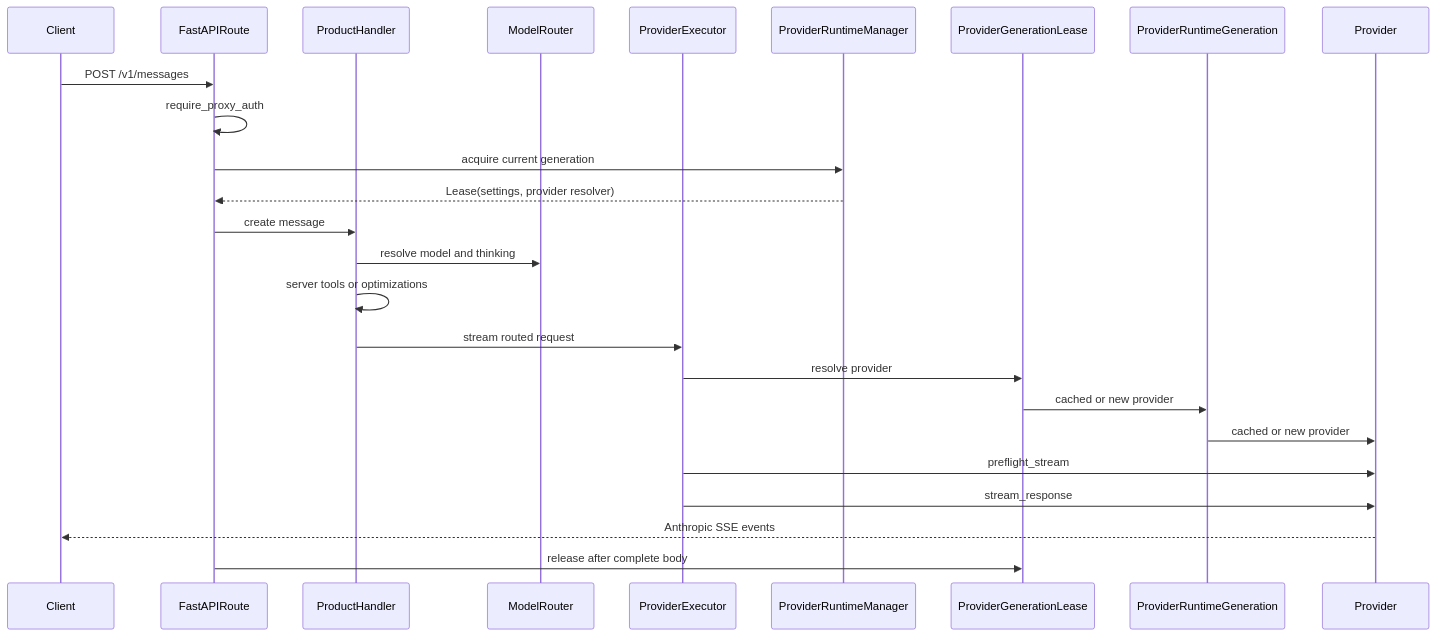
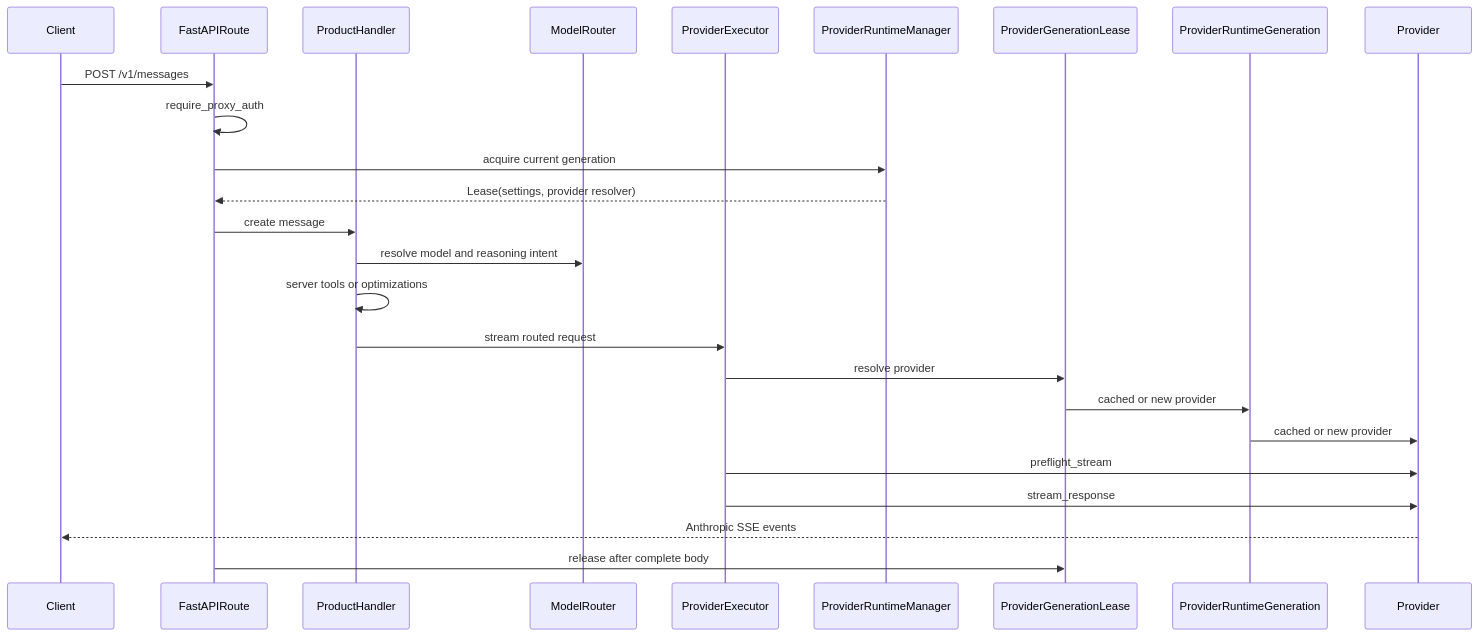
Before and after one commit to shinmentakezo07/shin07: the second of 3 diagrams in ARCHITECTURE.md, drawn with Mermaid. The commit also changed other lines of this file and 95 other files, not shown here.

````diff
--- a/ARCHITECTURE.md
+++ b/ARCHITECTURE.md
@@ -420,28 +426,28 @@
 ```mermaid
 sequenceDiagram
     participant Client
     participant Route as FastAPIRoute
     participant Handler as ProductHandler
     participant Router as ModelRouter
     participant Exec as ProviderExecutor
     participant Manager as ProviderRuntimeManager
     participant Lease as ProviderGenerationLease
     participant Runtime as ProviderRuntimeGeneration
     participant Provider
 
     Client->>Route: POST /v1/messages
     Route->>Route: require_proxy_auth
     Route->>Manager: acquire current generation
     Manager-->>Route: Lease(settings, provider resolver)
     Route->>Handler: create message
-    Handler->>Router: resolve model and thinking
+    Handler->>Router: resolve model and reasoning intent
     Handler->>Handler: server tools or optimizations
     Handler->>Exec: stream routed request
     Exec->>Lease: resolve provider
     Lease->>Runtime: cached or new provider
     Runtime->>Provider: cached or new provider
     Exec->>Provider: preflight_stream
     Exec->>Provider: stream_response
     Provider-->>Client: Anthropic SSE events
     Route->>Lease: release after complete body
 ```
````
